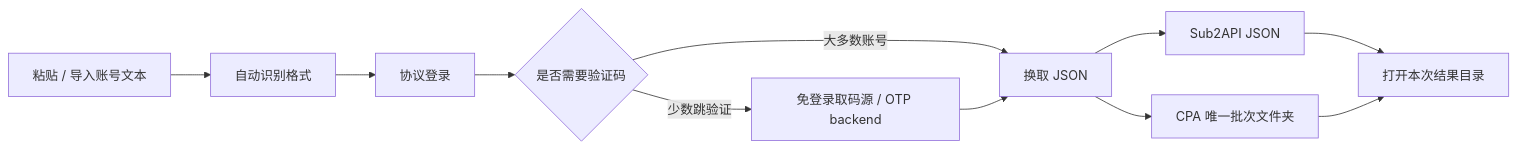
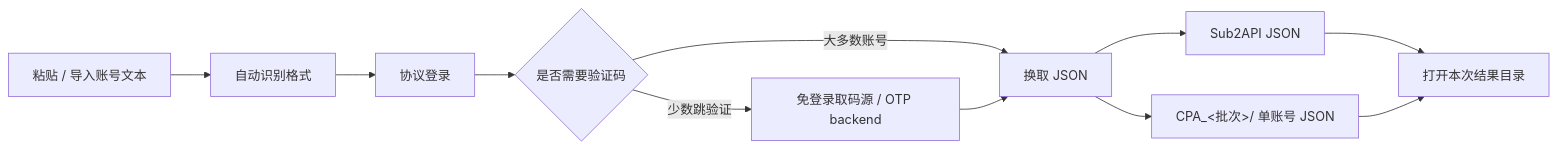
Before and after one commit to AyeSt0/gpt2json: the diagram in README.md, drawn with Mermaid. The commit also changed other lines of this file and 9 other files, not shown here.

````diff
--- a/README.md
+++ b/README.md
@@ -42,13 +44,13 @@
 ```mermaid
 flowchart LR
   A["粘贴 / 导入账号文本"] --> B["自动识别格式"]
   B --> C["协议登录"]
   C --> D{"是否需要验证码"}
   D -- "大多数账号" --> F["换取 JSON"]
   D -- "少数跳验证" --> E["免登录取码源 / OTP backend"]
   E --> F
   F --> G["Sub2API JSON"]
-  F --> H["CPA 唯一批次文件夹"]
+  F --> H["CPA_<批次>/ 单账号 JSON"]
   G --> I["打开本次结果目录"]
   H --> I
 ```
````
